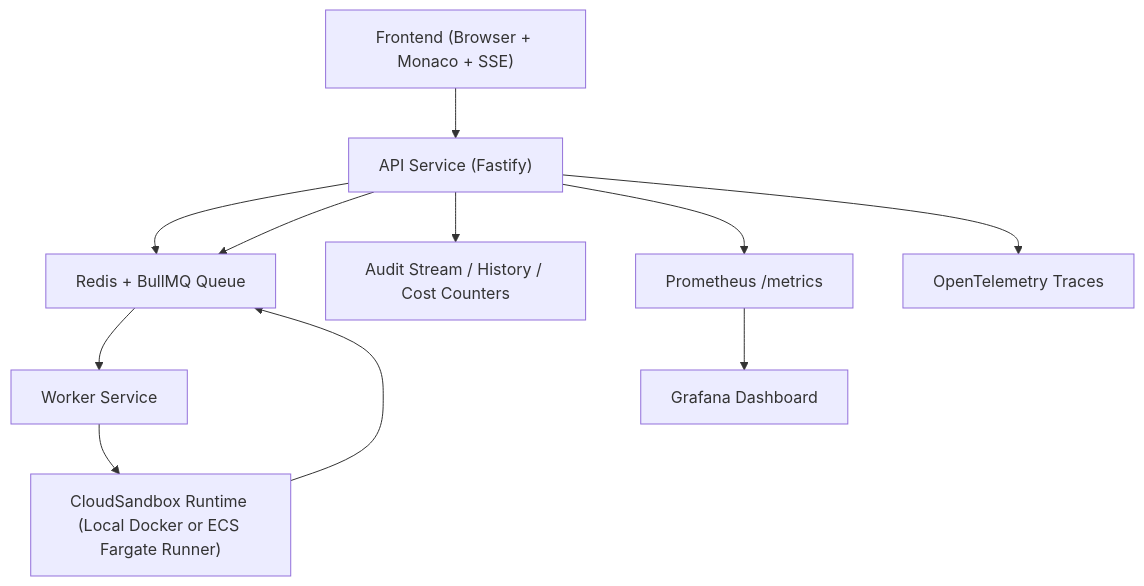
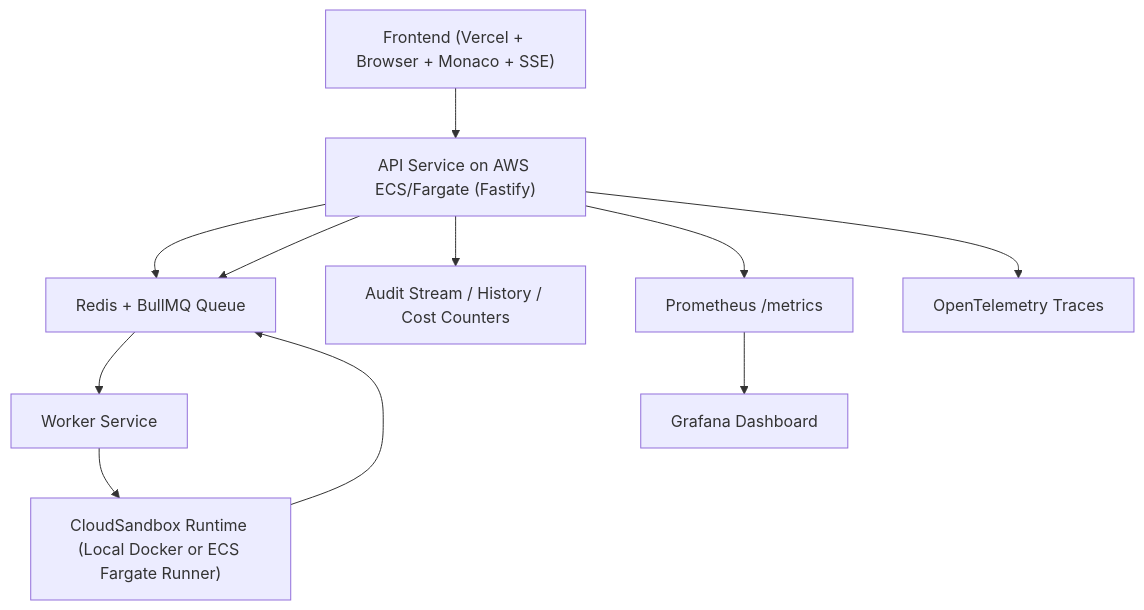
The diagram in docs/architecture.md (MohammedVep/cloud-code-execution-engine), drawn with Mermaid before and after one commit. The commit also changed other lines of this file and 17 other files, not shown here.

Commit message:
feat: move frontend to vercel

````diff
--- a/docs/architecture.md
+++ b/docs/architecture.md
@@ -9,13 +9,13 @@
 ```mermaid
 flowchart TD
-  A["Frontend (Browser + Monaco + SSE)"] --> B["API Service (Fastify)"]
+  A["Frontend (Vercel + Browser + Monaco + SSE)"] --> B["API Service on AWS ECS/Fargate (Fastify)"]
   B --> C["Redis + BullMQ Queue"]
   C --> D["Worker Service"]
   D --> E["CloudSandbox Runtime (Local Docker or ECS Fargate Runner)"]
   E --> C
   B --> C
   B --> F["Audit Stream / History / Cost Counters"]
   B --> G["Prometheus /metrics"]
   B --> H["OpenTelemetry Traces"]
   G --> I["Grafana Dashboard"]
 ```
````
